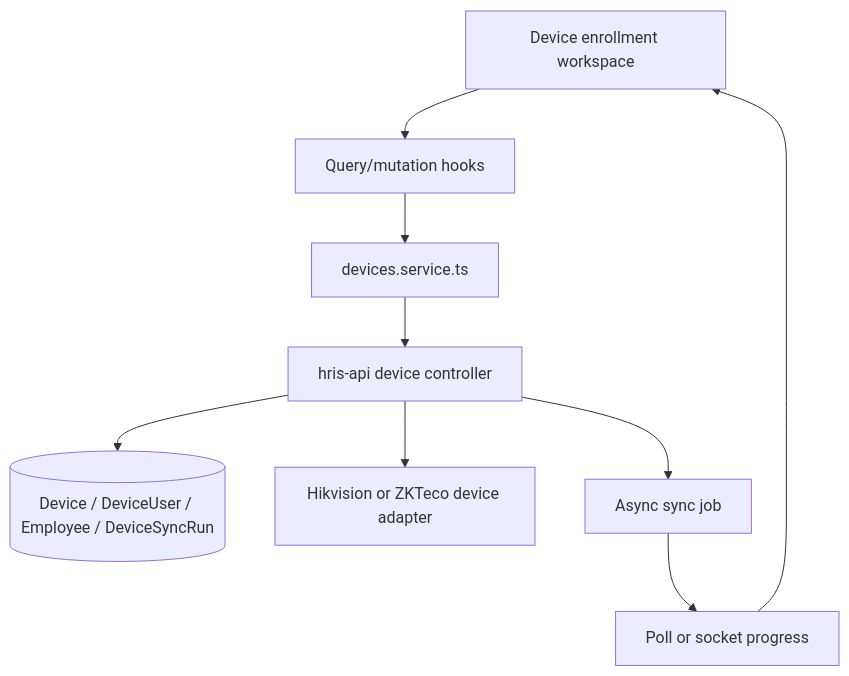
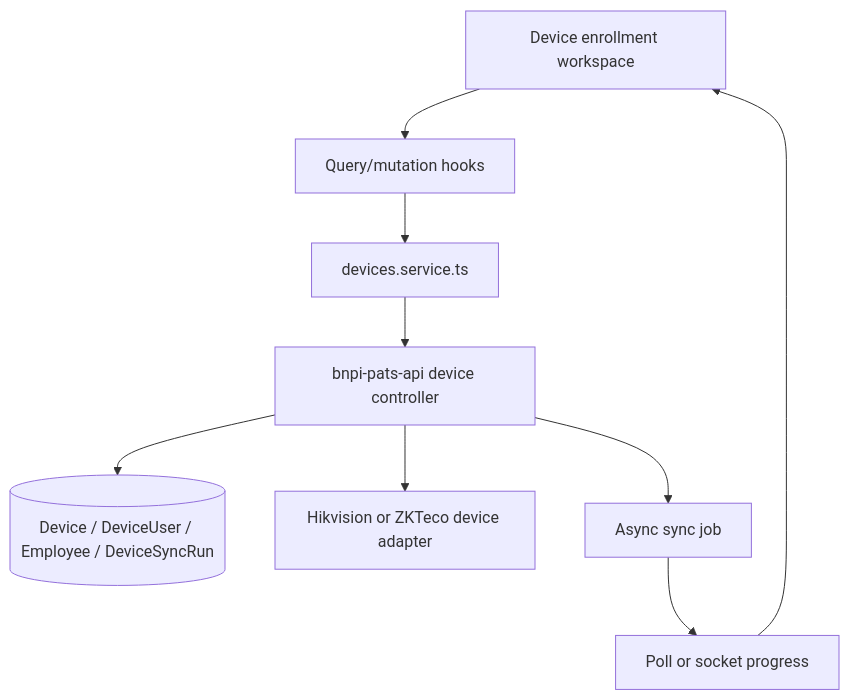
Before and after one commit to bnpimanufacturingsolution/bandai-infra-bnpi-pats: the diagram in docs/01-architecture/FE-ARCHITECTURE-device-enrollment.md, drawn with Mermaid. The commit also changed other lines of this file and 4037 other files, not shown here.

````diff
--- a/docs/01-architecture/FE-ARCHITECTURE-device-enrollment.md
+++ b/docs/01-architecture/FE-ARCHITECTURE-device-enrollment.md
@@ -13,12 +13,12 @@
 ```mermaid
 flowchart TB
   UI[Device enrollment workspace]
   UI --> Q[Query/mutation hooks]
   Q --> S[devices.service.ts]
-  S --> API[hris-api device controller]
+  S --> API[bnpi-pats-api device controller]
   API --> DB[(Device / DeviceUser / Employee / DeviceSyncRun)]
   API --> DEV[Hikvision or ZKTeco device adapter]
   API --> JOB[Async sync job]
   JOB --> PROG[Poll or socket progress]
   PROG --> UI
 ```
````
